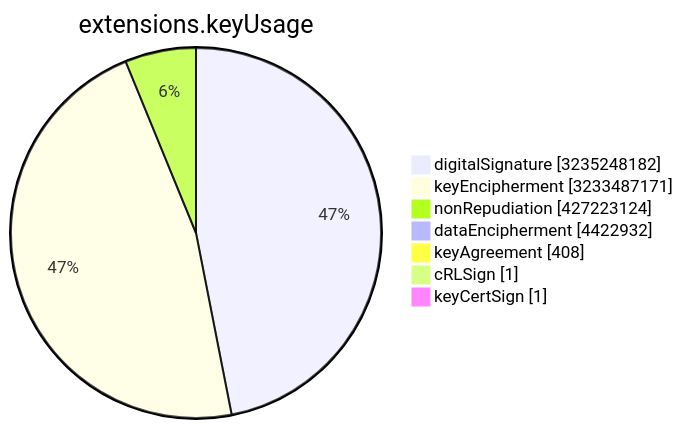
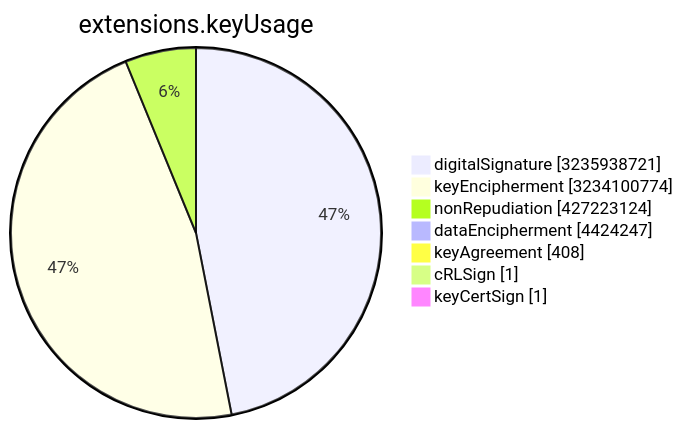
The sixth of 15 diagrams in TOTAL/README.md (christiankrug/ctmonitor_visualization), drawn with Mermaid before and after one commit. The commit also changed other lines of this file, not shown here.

````diff
--- a/TOTAL/README.md
+++ b/TOTAL/README.md
@@ -3077,11 +3077,11 @@
 ```mermaid
 pie showData
 title extensions.keyUsage
-"digitalSignature" :3235248182
-"keyEncipherment" :3233487171
+"digitalSignature" :3235938721
+"keyEncipherment" :3234100774
 "nonRepudiation" :427223124
-"dataEncipherment" :4422932
+"dataEncipherment" :4424247
 "keyAgreement" :408
 "cRLSign" :1
 "keyCertSign" :1
 ```
````
